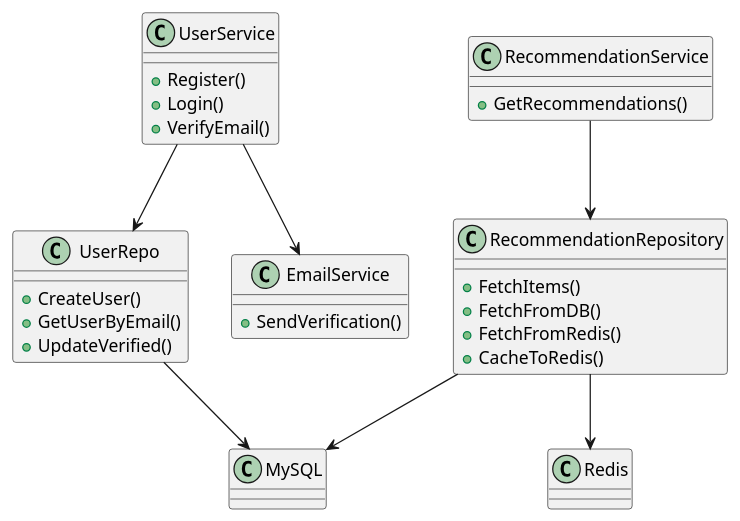
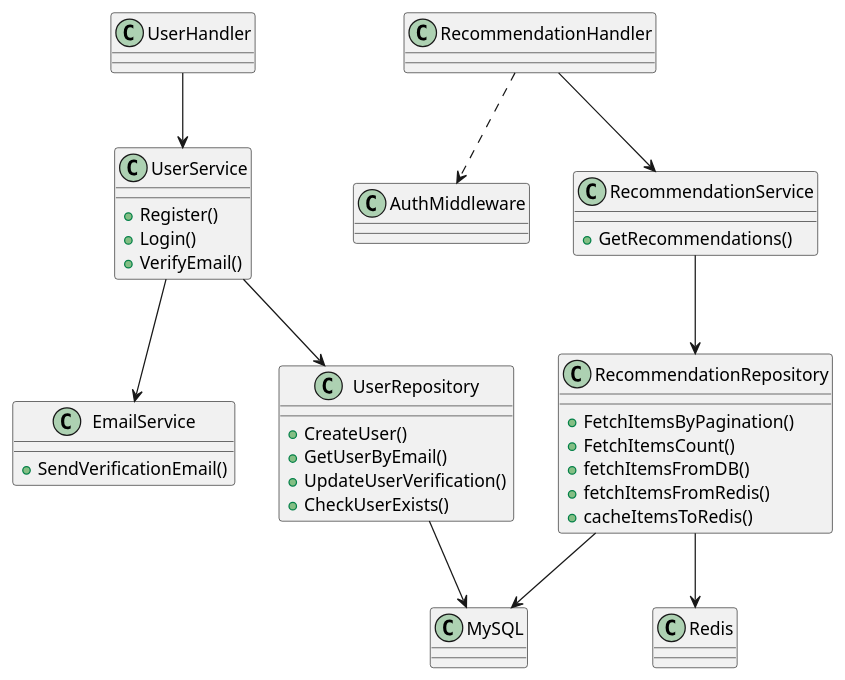
The diagram in docs/architecture.plantuml (monemo12/glossika-assignment), drawn with PlantUML before and after one commit. The commit also changed 2 other files, not shown here.

Commit message:
Update README and API documentation; restructure project layout for clarity, enhance user and recommendation API sections, and improve architecture diagram to reflect updated service and repository relationships.

```diff
--- a/docs/architecture.plantuml
+++ b/docs/architecture.plantuml
@@ -1,47 +1,55 @@
 @startuml
 
-' 定義 UserService 與其相依元件
+' Handler 層
+class UserHandler
+class RecommendationHandler
+
+' Middleware 層
+class AuthMiddleware
+
+' Service 層
 class UserService {
     +Register()
     +Login()
     +VerifyEmail()
 }
-
-class UserRepo {
-    +CreateUser()
-    +GetUserByEmail()
-    +UpdateVerified()
-}
-
-class MySQL
-
-UserService --> UserRepo
-UserRepo --> MySQL
-
-' RecommendationService 部分
 class RecommendationService {
     +GetRecommendations()
 }
-
-class RecommendationRepository {
-    +FetchItems()
-    +FetchFromDB()
-    +FetchFromRedis()
-    +CacheToRedis()
+class EmailService {
+    +SendVerificationEmail()
 }
 
+' Repository 層
+class UserRepository {
+    +CreateUser()
+    +GetUserByEmail()
+    +UpdateUserVerification()
+    +CheckUserExists()
+}
+class RecommendationRepository {
+    +FetchItemsByPagination()
+    +FetchItemsCount()
+    +fetchItemsFromDB()
+    +fetchItemsFromRedis()
+    +cacheItemsToRedis()
+}
+
+' Database 層
+class MySQL
+class Redis
+
+' 依賴關係
+UserHandler --> UserService
+RecommendationHandler --> RecommendationService
+RecommendationHandler ..> AuthMiddleware
+
+UserService --> UserRepository
+UserService --> EmailService
 RecommendationService --> RecommendationRepository
 
-class Redis
-
+UserRepository --> MySQL
+RecommendationRepository --> MySQL
 RecommendationRepository --> Redis
-RecommendationRepository --> MySQL
-
-' EmailService
-class EmailService {
-    +SendVerification()
-}
-
-UserService --> EmailService
 
 @enduml
```
